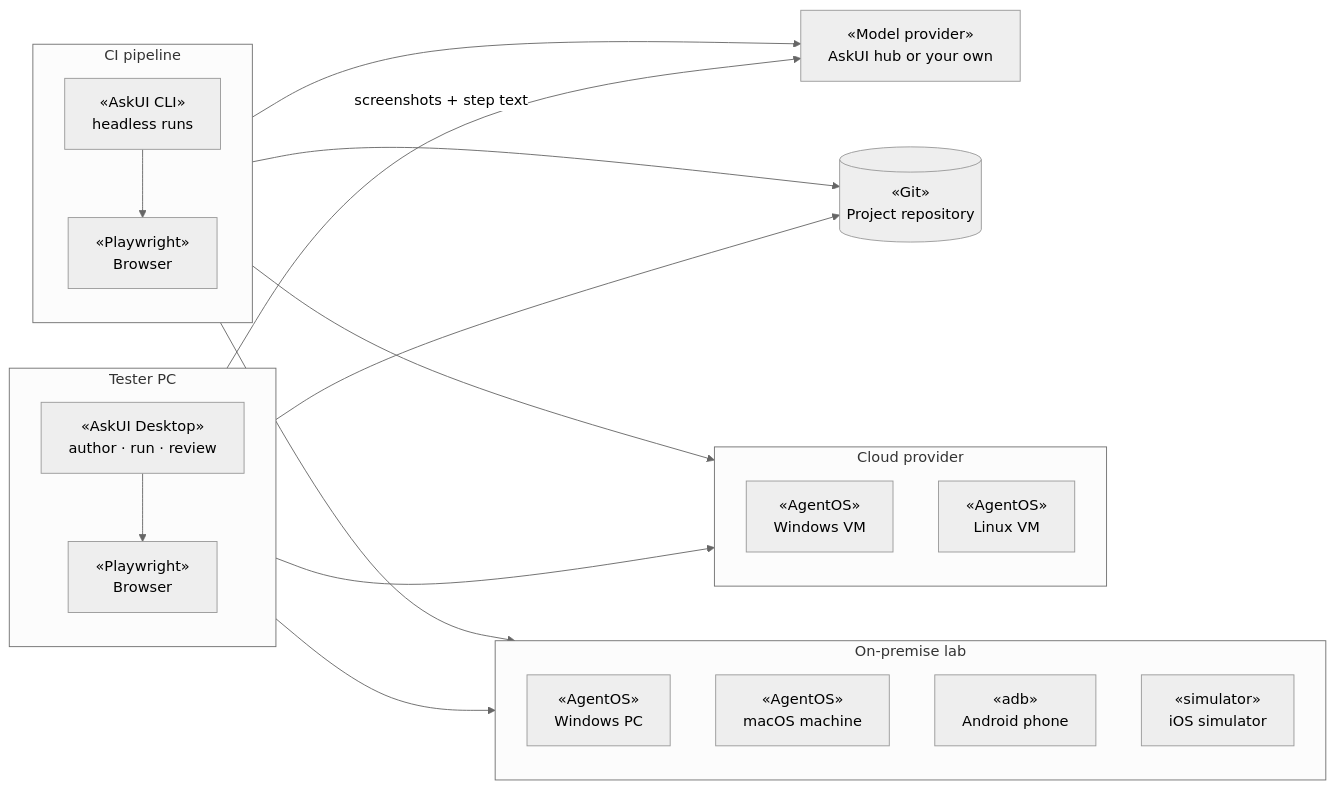
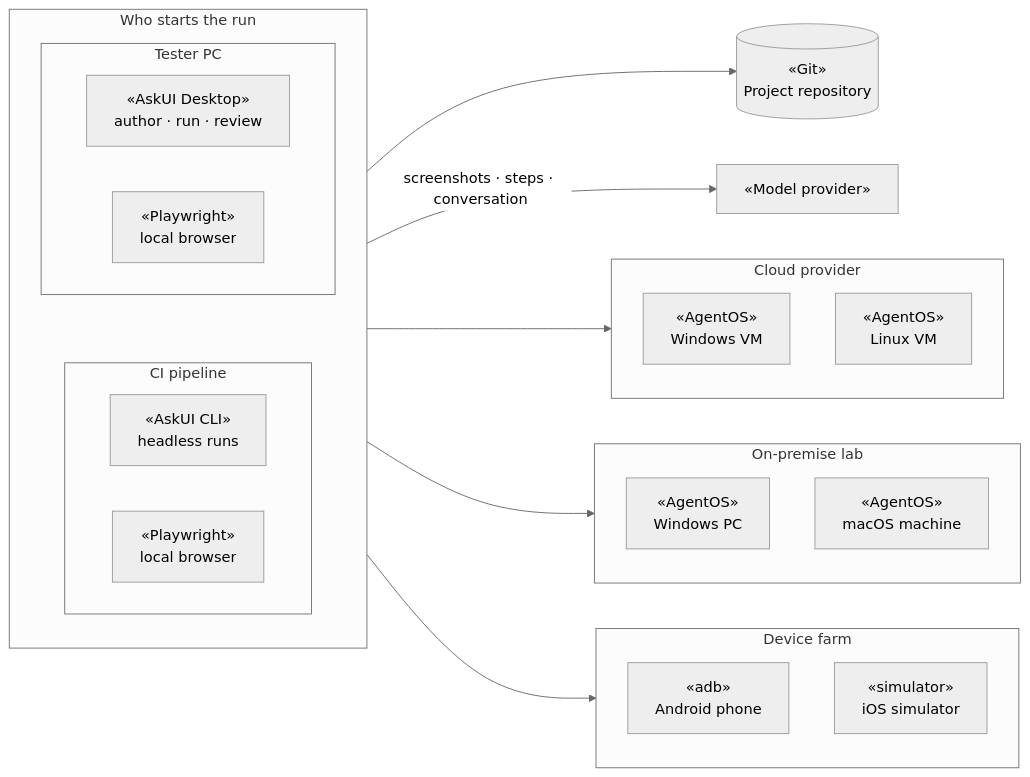
One commit to askui/docs-rewrite changed the second of 2 diagrams in content/docs/concepts/enterprise-fit.mdx. Above: the diagram before and after it, drawn with Mermaid (neutral theme). The commit also changed other lines of this file and 5 other files, not shown here.

First line of the commit message:
docs(enterprise-fit): iterated diagrams + render-mermaid skill

````diff
--- a/content/docs/concepts/enterprise-fit.mdx
+++ b/content/docs/concepts/enterprise-fit.mdx
@@ -41,37 +46,33 @@
 ```mermaid
 flowchart LR
-  subgraph pc["Tester PC"]
-    direction TB
-    D["«AskUI Desktop»<br/>author · run · review"]
-    B1["«Playwright»<br/>Browser"]
-    D --> B1
+  subgraph starts["Who starts the run"]
+    subgraph pc["Tester PC"]
+      D["«AskUI Desktop»<br/>author · run · review"]
+      B1["«Playwright»<br/>local browser"]
+    end
+    subgraph ci["CI pipeline"]
+      C["«AskUI CLI»<br/>headless runs"]
+      B2["«Playwright»<br/>local browser"]
+    end
+    pc ~~~ ci
   end
-  subgraph ci["CI pipeline"]
-    direction TB
-    C["«AskUI CLI»<br/>headless runs"]
-    B2["«Playwright»<br/>Browser"]
-    C --> B2
-  end
-  M["«Model provider»<br/>AskUI hub or your own"]
   R[("«Git»<br/>Project repository")]
+  M["«Model provider»"]
   subgraph cloud["Cloud provider"]
-    direction TB
     V1["«AgentOS»<br/>Windows VM"]
     V2["«AgentOS»<br/>Linux VM"]
   end
   subgraph lab["On-premise lab"]
-    direction TB
     P1["«AgentOS»<br/>Windows PC"]
     P2["«AgentOS»<br/>macOS machine"]
+  end
+  subgraph farm["Device farm"]
     A1["«adb»<br/>Android phone"]
     I1["«simulator»<br/>iOS simulator"]
   end
-  D -->|"screenshots + step text"| M
-  C --> M
-  D --> R
-  C --> R
-  D --> cloud
-  D --> lab
-  C --> cloud
-  C --> lab
+  starts --> R
+  starts -->|"screenshots · steps · conversation"| M
+  starts --> cloud
+  starts --> lab
+  starts --> farm
 ```
````
